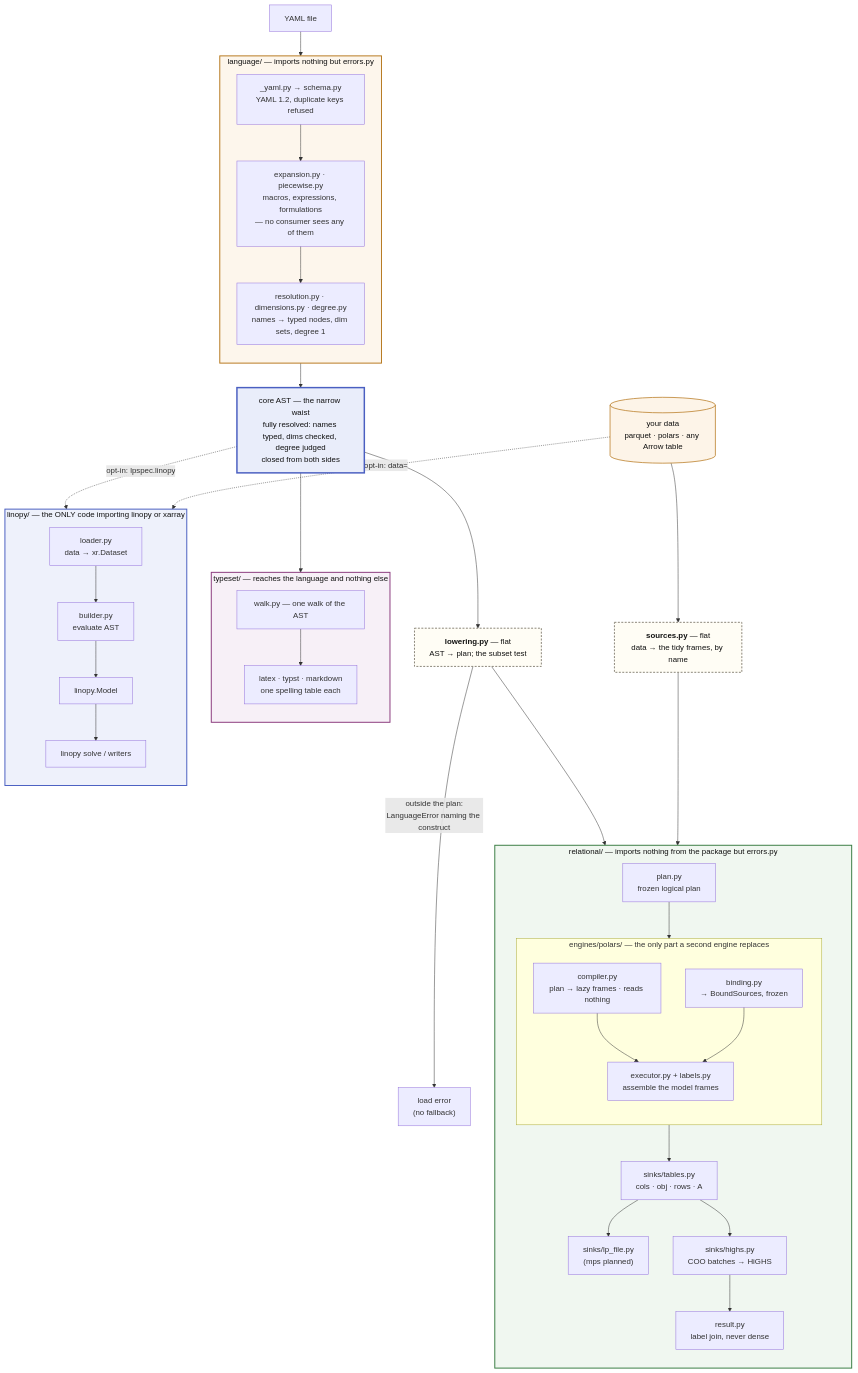
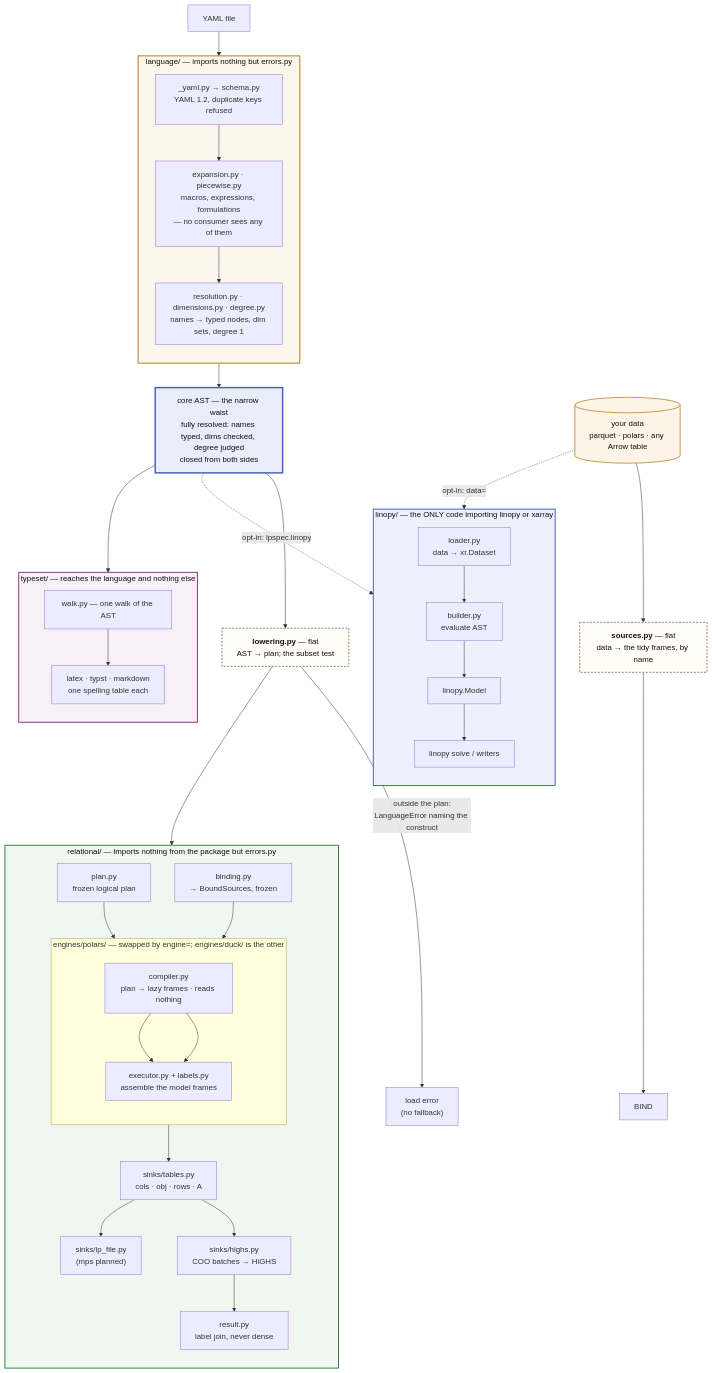
Before and after one commit to FBumann/farkas: the first of 2 diagrams in docs/ARCHITECTURE.md, drawn with Mermaid. The commit also changed other lines of this file and 20 other files, not shown here.

````diff
--- a/docs/ARCHITECTURE.md
+++ b/docs/ARCHITECTURE.md
@@ -47,67 +47,68 @@
 ```mermaid
 flowchart TB
     Y[YAML file] --> LANG
 
     subgraph LANG["language/ — imports nothing but errors.py"]
         direction TB
         SCHEMA["_yaml.py → schema.py<br/>YAML 1.2, duplicate keys refused"]
         SCHEMA --> EXPAND["expansion.py · piecewise.py<br/>macros, expressions, formulations<br/>— no consumer sees any of them"]
         EXPAND --> RESOLVE["resolution.py · dimensions.py · degree.py<br/>names → typed nodes, dim sets, degree 1"]
     end
 
     LANG --> AST["core AST — the narrow waist<br/>fully resolved: names typed, dims checked, degree judged<br/>closed from both sides"]
 
     AST --> LOWER
     AST --> WALK
     AST -.->|"opt-in: lpspec.linopy"| BUILD
 
     DATA[("your data<br/>parquet · polars · any Arrow table")] --> SRC
     DATA -.->|"opt-in: data="| LOAD
 
     LOWER["<b>lowering.py</b> — flat<br/>AST → plan; the subset test"]
     SRC["<b>sources.py</b> — flat<br/>data → the tidy frames, by name"]
 
     LOWER --> PLAN
     SRC --> BIND
     LOWER -->|"outside the plan:<br/>LanguageError naming the construct"| ERR["load error<br/>(no fallback)"]
 
     subgraph REL["relational/ — imports nothing from the package but errors.py"]
         direction TB
         PLAN["plan.py<br/>frozen logical plan"] --> ENG
-        subgraph ENG["engines/polars/ — the only part a second engine replaces"]
+        BINDP["binding.py<br/>→ BoundSources, frozen"] --> ENG
+        subgraph ENG["engines/polars/ — swapped by engine=; engines/duck/ is the other"]
             direction TB
             COMP["compiler.py<br/>plan → lazy frames · reads nothing"] --> EXEC
-            BIND["binding.py<br/>→ BoundSources, frozen"] --> EXEC["executor.py + labels.py<br/>assemble the model frames"]
+            COMP --> EXEC["executor.py + labels.py<br/>assemble the model frames"]
         end
         ENG --> TABLES["sinks/tables.py<br/>cols · obj · rows · A"]
         TABLES --> LPS["sinks/lp_file.py<br/>(mps planned)"]
         TABLES --> DIRECT["sinks/highs.py<br/>COO batches → HiGHS"]
         DIRECT --> SOL["result.py<br/>label join, never dense"]
     end
 
     subgraph TS["typeset/ — reaches the language and nothing else"]
         direction TB
         WALK["walk.py — one walk of the AST"] --> FMT["latex · typst · markdown<br/>one spelling table each"]
     end
 
     subgraph EAGER["linopy/ — the ONLY code importing linopy or xarray"]
         direction TB
         LOAD["loader.py<br/>data → xr.Dataset"] --> BUILD["builder.py<br/>evaluate AST"]
         BUILD --> MODEL[linopy.Model] --> SOLVE["linopy solve / writers"]
     end
 
     classDef laneL fill:#fdf6ec,stroke:#b7791f,stroke-width:2px,color:#111
     classDef laneR fill:#f0f7f0,stroke:#3a7d44,stroke-width:2px,color:#111
     classDef laneE fill:#eef1fb,stroke:#4a5fc1,stroke-width:2px,color:#111
     classDef laneT fill:#f7f0f7,stroke:#8b3a7d,stroke-width:2px,color:#111
     classDef waist fill:#e9edfa,stroke:#4a5fc1,stroke-width:3px,color:#111
     classDef flat fill:#fffdf5,stroke:#8a8578,stroke-width:2px,stroke-dasharray:4 3,color:#111
     classDef data fill:#fdf4e8,stroke:#b7791f,stroke-width:1.5px,color:#111
     class LANG laneL
     class REL laneR
     class EAGER laneE
     class TS laneT
     class AST waist
     class LOWER,SRC flat
     class DATA data
 ```
````
